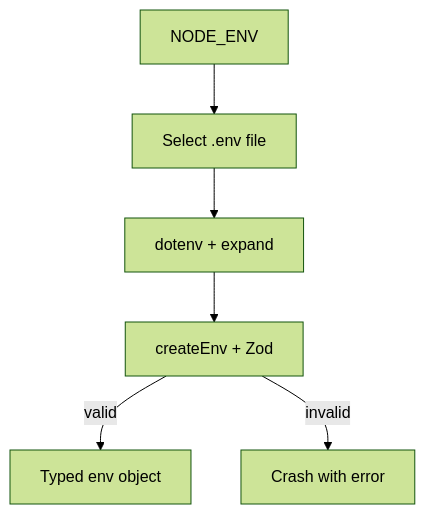
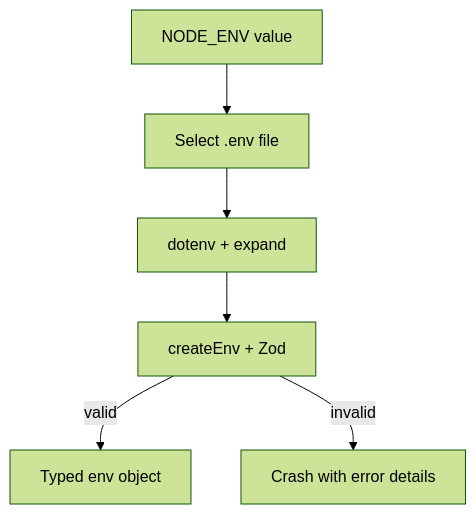
The first of 2 diagrams in doc/environment-system-guide.md (IsaiaScope/monorepoonfire), drawn with Mermaid (forest theme) before and after one commit. The commit also changed other lines of this file and 48 other files, not shown here.

````diff
--- a/doc/environment-system-guide.md
+++ b/doc/environment-system-guide.md
@@ -11,8 +11,8 @@
 ```mermaid
-flowchart TB
-    NODE_ENV[NODE_ENV] --> Select[Select .env file]
+graph TD
+    NODE_ENV[NODE_ENV value] --> Select[Select .env file]
     Select --> Load[dotenv + expand]
     Load --> Validate[createEnv + Zod]
     Validate -->|valid| Env[Typed env object]
-    Validate -->|invalid| Crash[Crash with error]
+    Validate -->|invalid| Crash[Crash with error details]
 ```
````
